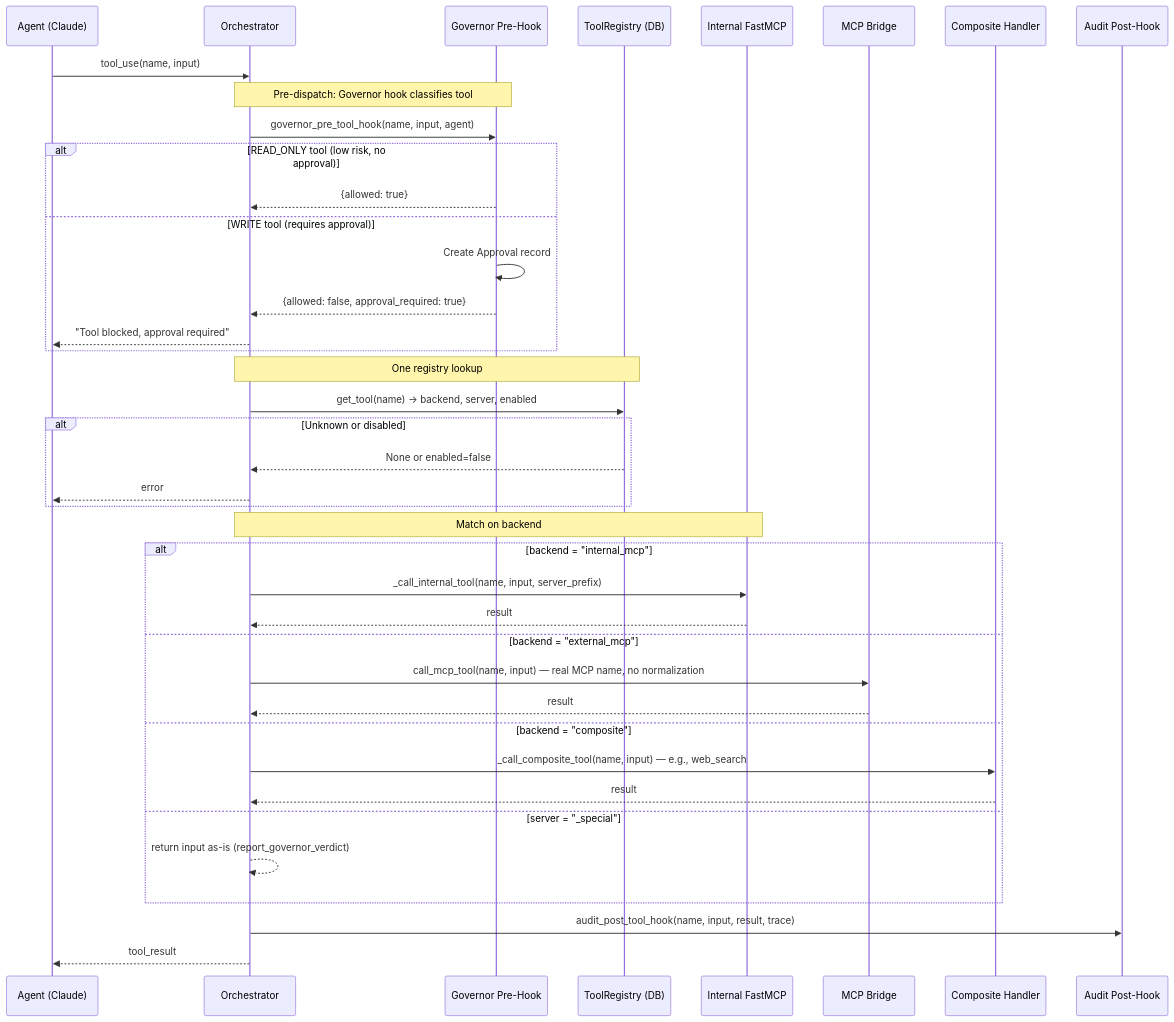
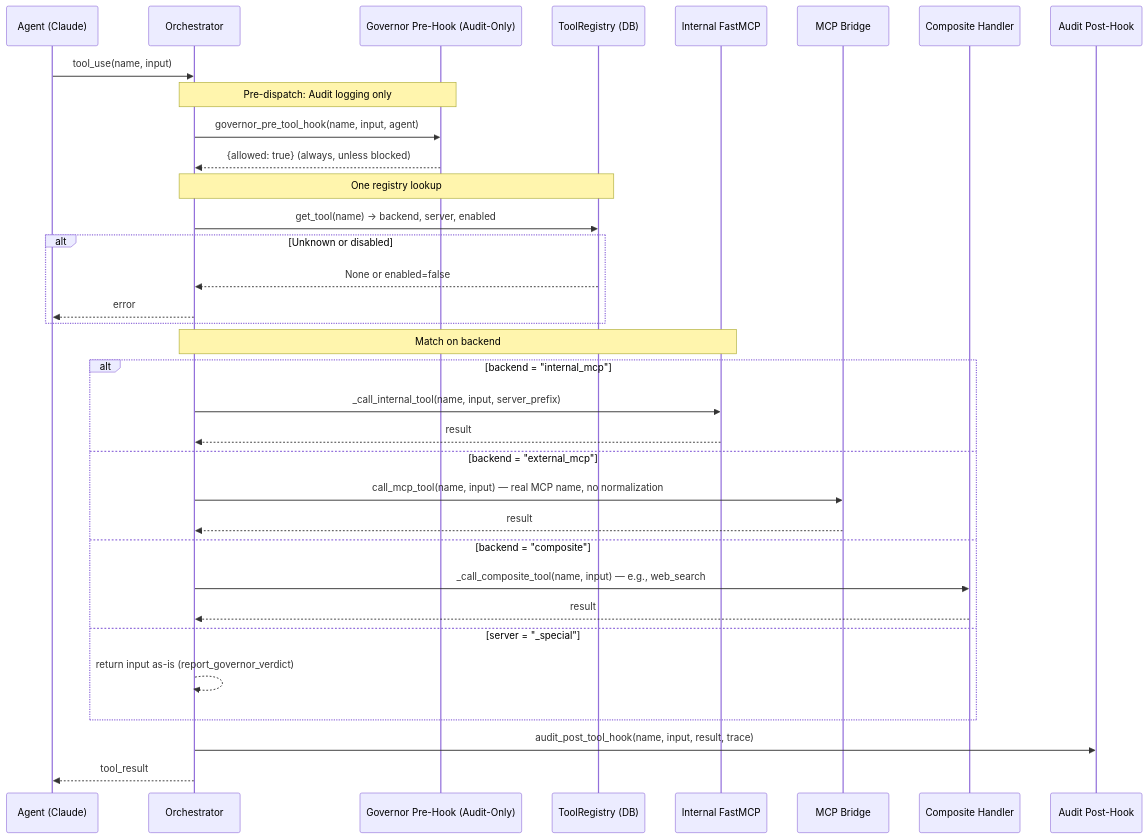
One commit to shivadharmi/muldro changed the diagram in docs/architecture/tools-mcp.md. Above: the diagram before and after it, drawn with Mermaid. The commit also changed other lines of this file and 11 other files, not shown here.

First line of the commit message:
docs: update all architecture docs and README for post-15-spec redesign

````diff
--- a/docs/architecture/tools-mcp.md
+++ b/docs/architecture/tools-mcp.md
@@ -7,47 +7,41 @@
 ```mermaid
 sequenceDiagram
     participant A as Agent (Claude)
     participant O as Orchestrator
-    participant H as Governor Pre-Hook
+    participant H as Governor Pre-Hook (Audit-Only)
     participant R as ToolRegistry (DB)
     participant I as Internal FastMCP
     participant M as MCP Bridge
     participant C as Composite Handler
     participant AU as Audit Post-Hook
 
     A->>O: tool_use(name, input)
 
-    Note over O,H: Pre-dispatch: Governor hook classifies tool
+    Note over O,H: Pre-dispatch: Audit logging only
     O->>H: governor_pre_tool_hook(name, input, agent)
-    alt READ_ONLY tool (low risk, no approval)
-        H-->>O: {allowed: true}
-    else WRITE tool (requires approval)
-        H->>H: Create Approval record
-        H-->>O: {allowed: false, approval_required: true}
-        O-->>A: "Tool blocked, approval required"
-    end
+    H-->>O: {allowed: true} (always, unless blocked)
 
     Note over O,R: One registry lookup
     O->>R: get_tool(name) → backend, server, enabled
     alt Unknown or disabled
         R-->>O: None or enabled=false
         O-->>A: error
     end
 
     Note over O,I: Match on backend
     alt backend = "internal_mcp"
         O->>I: _call_internal_tool(name, input, server_prefix)
         I-->>O: result
     else backend = "external_mcp"
         O->>M: call_mcp_tool(name, input) — real MCP name, no normalization
         M-->>O: result
     else backend = "composite"
         O->>C: _call_composite_tool(name, input) — e.g., web_search
         C-->>O: result
     else server = "_special"
         O-->>O: return input as-is (report_governor_verdict)
     end
 
     O->>AU: audit_post_tool_hook(name, input, result, trace)
     O-->>A: tool_result
 ```
````
